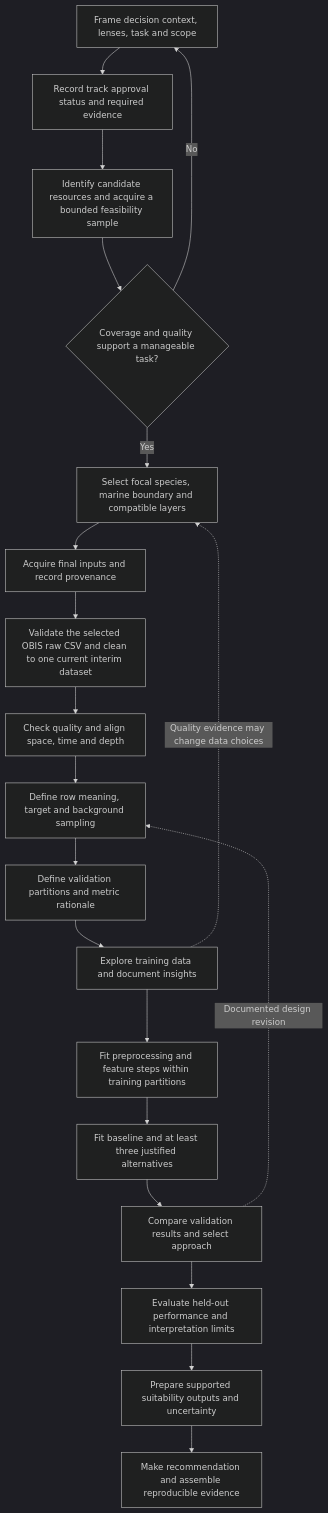
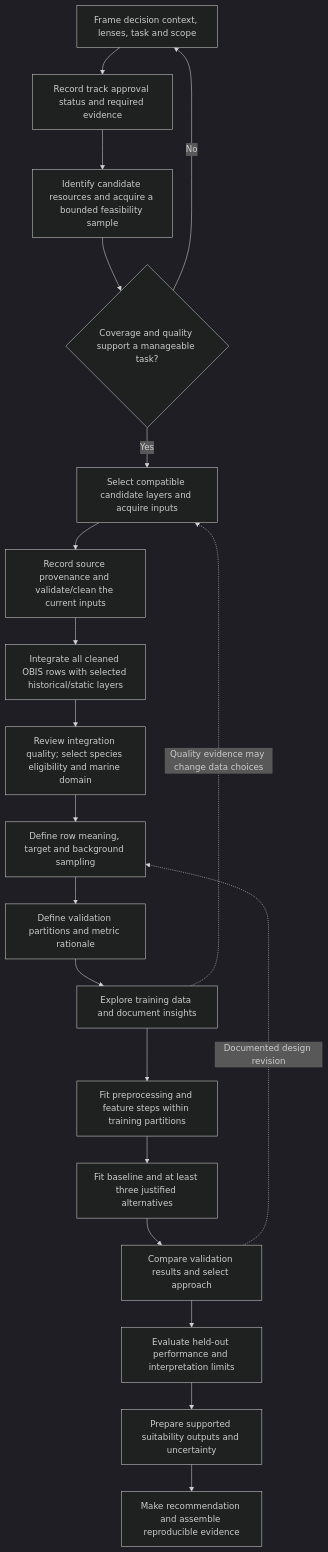
The diagram in docs/ml/ml-workflow-and-evidence-gates.md (WKS2004/OCEAVERA), drawn with Mermaid (dark theme) before and after one commit. The commit also changed other lines of this file and 114 other files, not shown here.

Commit message:
Finalized Dataset Merging and Spatial Data Integration

````diff
--- a/docs/ml/ml-workflow-and-evidence-gates.md
+++ b/docs/ml/ml-workflow-and-evidence-gates.md
@@ -7,22 +13,22 @@
 ```mermaid
 flowchart TD
     A[Frame decision context, lenses, task and scope] --> B[Record track approval status and required evidence]
     B --> C[Identify candidate resources and acquire a bounded feasibility sample]
     C --> D{Coverage and quality support a manageable task?}
     D -- No --> A
-    D -- Yes --> E[Select focal species, marine boundary and compatible layers]
-    E --> F[Acquire final inputs and record provenance]
-    F --> G[Validate the selected OBIS raw CSV and clean to one current interim dataset]
-    G --> H[Check quality and align space, time and depth]
+    D -- Yes --> E[Select compatible candidate layers and acquire inputs]
+    E --> F[Record source provenance and validate/clean the current inputs]
+    F --> G[Integrate all cleaned OBIS rows with selected historical/static layers]
+    G --> H[Review integration quality; select species eligibility and marine domain]
     H --> I[Define row meaning, target and background sampling]
     I --> J[Define validation partitions and metric rationale]
     J --> K[Explore training data and document insights]
     K --> L[Fit preprocessing and feature steps within training partitions]
     L --> M[Fit baseline and at least three justified alternatives]
     M --> N[Compare validation results and select approach]
     N --> O[Evaluate held-out performance and interpretation limits]
     O --> P[Prepare supported suitability outputs and uncertainty]
     P --> Q[Make recommendation and assemble reproducible evidence]
     K -. Quality evidence may change data choices .-> E
     N -. Documented design revision .-> I
 ```
````
